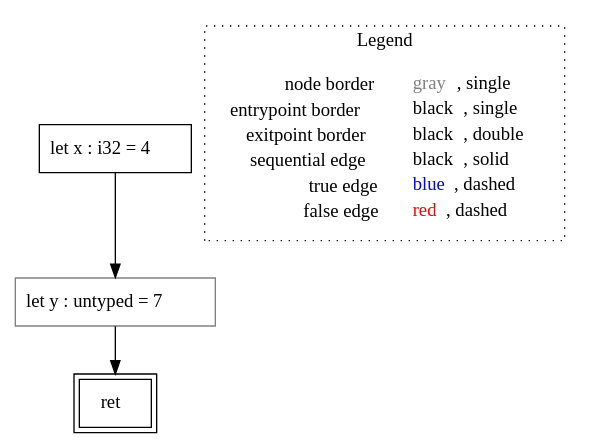
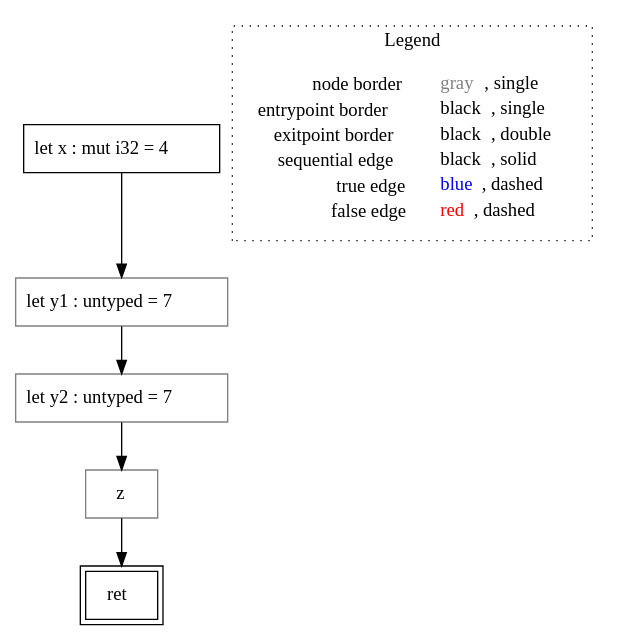
Before and after one commit to VincenzoArceri/rust-lisa: the diagram in rust-lisa/rust-testcases/cfg/type-parsing/untyped_rust-testcases_cfg_type-parsing_type-parsing.rs.main().dot, drawn with Graphviz. The commit also changed 3 other files, not shown here.

```diff
--- a/rust-lisa/rust-testcases/cfg/type-parsing/untyped_rust-testcases_cfg_type-parsing_type-parsing.rs.main().dot
+++ b/rust-lisa/rust-testcases/cfg/type-parsing/untyped_rust-testcases_cfg_type-parsing_type-parsing.rs.main().dot
@@ -1,14 +1,18 @@
 digraph {
-	"node0" [shape="rect",color="black",label=<let x : i32 = 4>];
-	"node1" [shape="rect",color="gray",label=<let y : untyped = 7>];
-	"node2" [shape="rect",color="black",peripheries="2",label=<ret>];
+	"node0" [shape="rect",color="black",label=<let x : mut i32 = 4>];
+	"node1" [shape="rect",color="gray",label=<let y1 : untyped = 7>];
+	"node2" [shape="rect",color="gray",label=<let y2 : untyped = 7>];
+	"node3" [shape="rect",color="gray",label=<z>];
+	"node4" [shape="rect",color="black",peripheries="2",label=<ret>];
+	"node0" -> "node1" [color="black"];
 	"node1" -> "node2" [color="black"];
-	"node0" -> "node1" [color="black"];
+	"node2" -> "node3" [color="black"];
+	"node3" -> "node4" [color="black"];
 subgraph cluster_legend {
 	label="Legend";
 	style=dotted;
 	node [shape=plaintext];
 	"legend" [label=<<table border="0" cellpadding="2" cellspacing="0" cellborder="0"><tr><td align="right">node border&nbsp;</td><td align="left"><font color="gray">gray</font>, single</td></tr><tr><td align="right">entrypoint border&nbsp;</td><td align="left"><font color="black">black</font>, single</td></tr><tr><td align="right">exitpoint border&nbsp;</td><td align="left"><font color="black">black</font>, double</td></tr><tr><td align="right">sequential edge&nbsp;</td><td align="left"><font color="black">black</font>, solid</td></tr><tr><td align="right">true edge&nbsp;</td><td align="left"><font color="blue">blue</font>, dashed</td></tr><tr><td align="right">false edge&nbsp;</td><td align="left"><font color="red">red</font>, dashed</td></tr></table>>];
 }
 
 }
```
